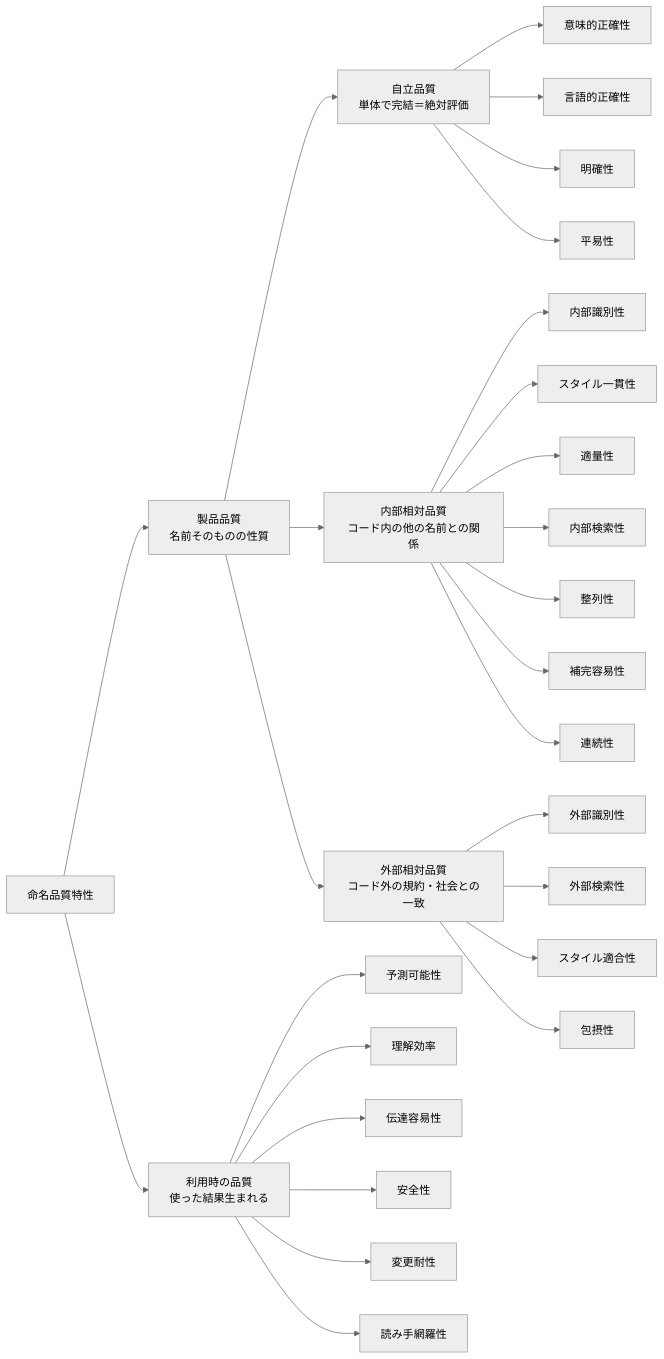
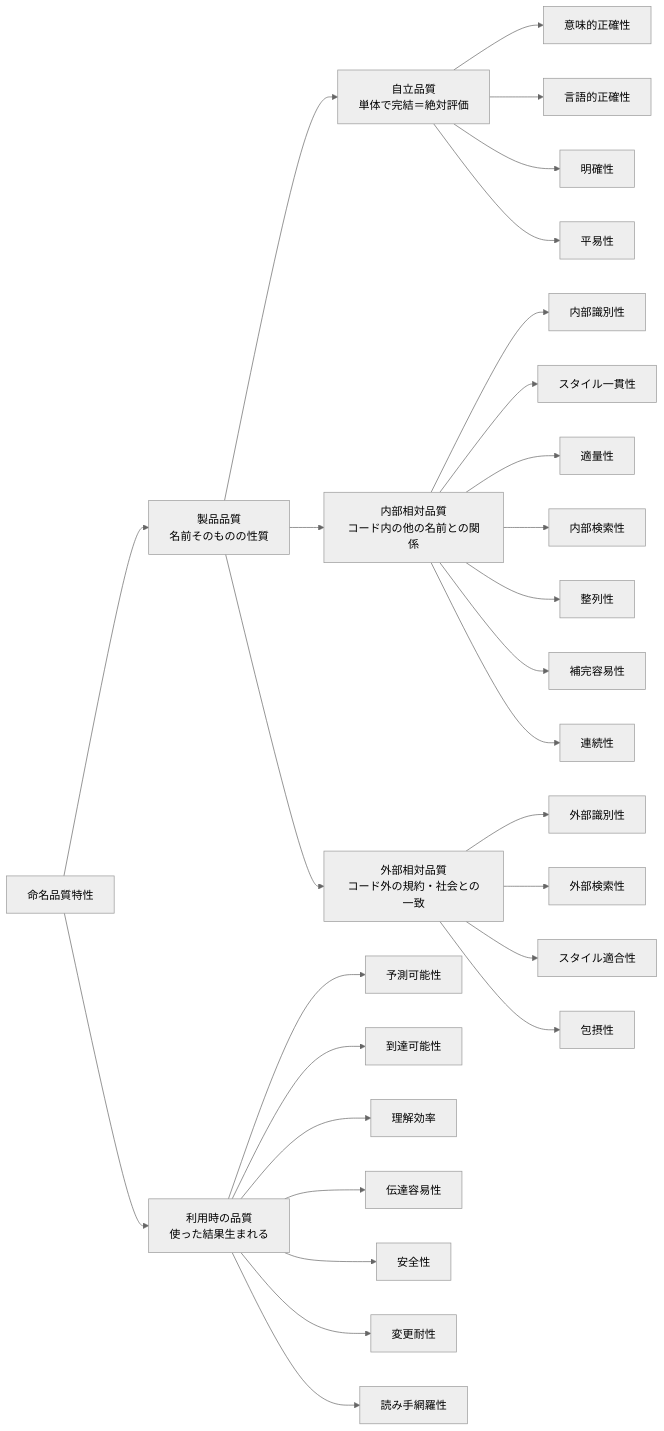
The diagram in articles/naming-quality-characteristics.md (kagankan/zenn-articles), drawn with Mermaid (neutral theme) before and after one commit. The commit also changed other lines of this file and 2 other files, not shown here.

````diff
--- a/articles/naming-quality-characteristics.md
+++ b/articles/naming-quality-characteristics.md
@@ -15,36 +15,37 @@
 ```mermaid
 graph LR
   R[命名品質特性]
 
   R --> P[製品品質<br/>名前そのものの性質]
   R --> U[利用時の品質<br/>使った結果生まれる]
 
   P --> A[自立品質<br/>単体で完結＝絶対評価]
   P --> I[内部相対品質<br/>コード内の他の名前との関係]
   P --> E[外部相対品質<br/>コード外の規約・社会との一致]
 
   A --> A1[意味的正確性]
   A --> A2[言語的正確性]
   A --> A3[明確性]
   A --> A4[平易性]
 
   I --> I1[内部識別性]
   I --> I7[スタイル一貫性]
   I --> I2[適量性]
   I --> I3[内部検索性]
   I --> I4[整列性]
   I --> I5[補完容易性]
   I --> I6[連続性]
 
   E --> E1[外部識別性]
   E --> E4[外部検索性]
   E --> E2[スタイル適合性]
   E --> E3[包摂性]
 
   U --> U1[予測可能性]
+  U --> U7[到達可能性]
   U --> U2[理解効率]
   U --> U6[伝達容易性]
   U --> U3[安全性]
   U --> U4[変更耐性]
   U --> U5[読み手網羅性]
 ```
````
